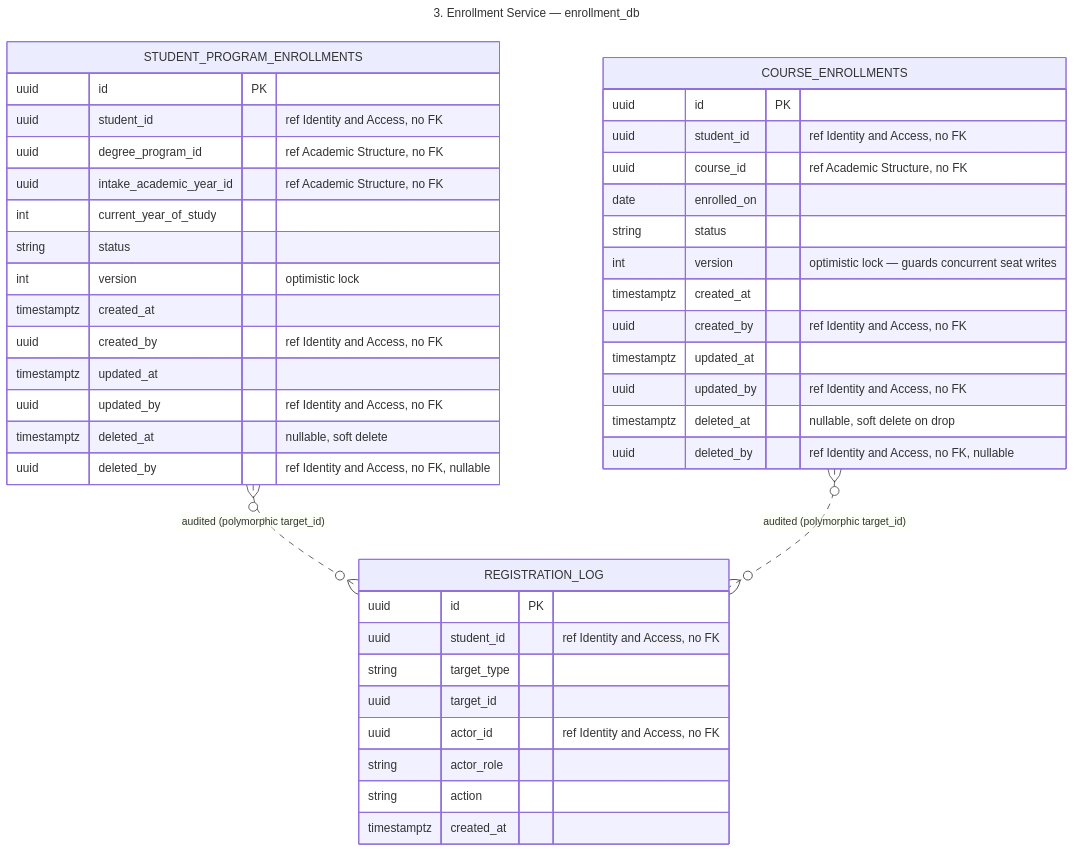
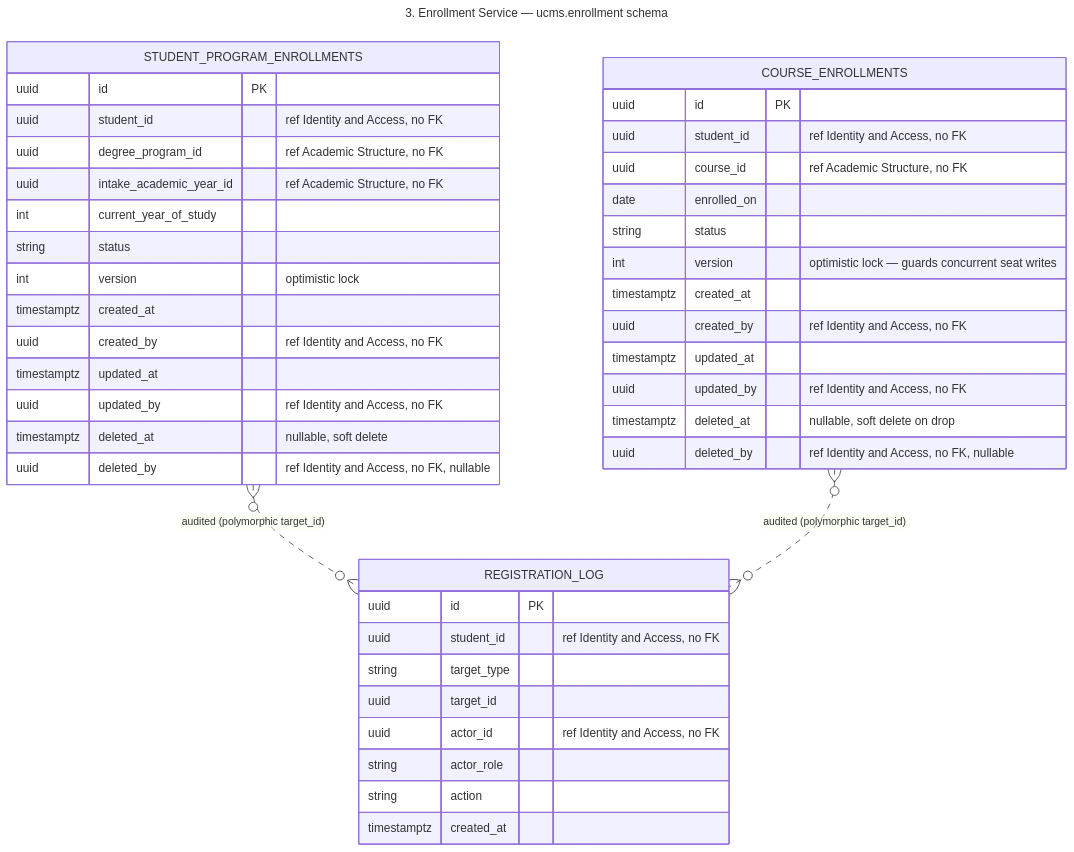
Before and after one commit to ESD-ONE/University-Course-Management-System: the diagram in docs/architecture/tables-03-enrollment.mmd, drawn with Mermaid. The commit also changed 19 other files, not shown here.

First line of the commit message:
Sync architecture diagrams: schema-per-service, not database-per-service

```diff
--- a/docs/architecture/tables-03-enrollment.mmd
+++ b/docs/architecture/tables-03-enrollment.mmd
@@ -1,46 +1,46 @@
 ---
-title: 3. Enrollment Service — enrollment_db
+title: 3. Enrollment Service — ucms.enrollment schema
 ---
 erDiagram
     STUDENT_PROGRAM_ENROLLMENTS {
         uuid id PK
         uuid student_id "ref Identity and Access, no FK"
         uuid degree_program_id "ref Academic Structure, no FK"
         uuid intake_academic_year_id "ref Academic Structure, no FK"
         int current_year_of_study
         string status
         int version "optimistic lock"
         timestamptz created_at
         uuid created_by "ref Identity and Access, no FK"
         timestamptz updated_at
         uuid updated_by "ref Identity and Access, no FK"
         timestamptz deleted_at "nullable, soft delete"
         uuid deleted_by "ref Identity and Access, no FK, nullable"
     }
     COURSE_ENROLLMENTS {
         uuid id PK
         uuid student_id "ref Identity and Access, no FK"
         uuid course_id "ref Academic Structure, no FK"
         date enrolled_on
         string status
         int version "optimistic lock — guards concurrent seat writes"
         timestamptz created_at
         uuid created_by "ref Identity and Access, no FK"
         timestamptz updated_at
         uuid updated_by "ref Identity and Access, no FK"
         timestamptz deleted_at "nullable, soft delete on drop"
         uuid deleted_by "ref Identity and Access, no FK, nullable"
     }
     REGISTRATION_LOG {
         uuid id PK
         uuid student_id "ref Identity and Access, no FK"
         string target_type
         uuid target_id
         uuid actor_id "ref Identity and Access, no FK"
         string actor_role
         string action
         timestamptz created_at
     }
 
     STUDENT_PROGRAM_ENROLLMENTS }o..o{ REGISTRATION_LOG : "audited (polymorphic target_id)"
     COURSE_ENROLLMENTS }o..o{ REGISTRATION_LOG : "audited (polymorphic target_id)"
```
